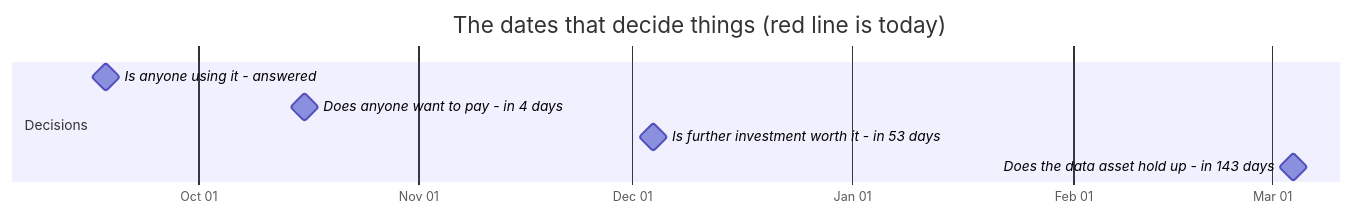
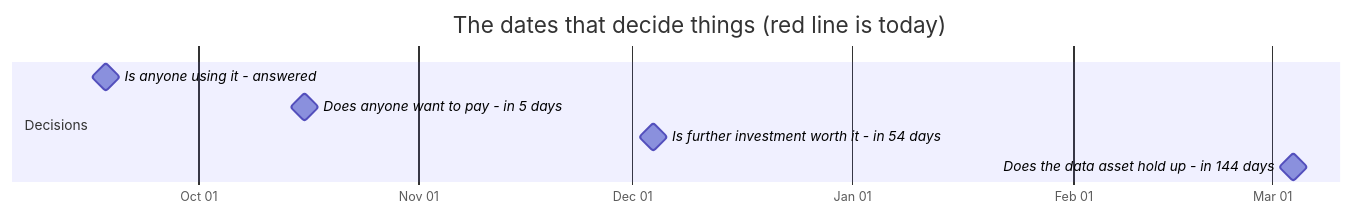
The first of 2 diagrams in docs/OWNER.md (jakegu1/vetagent), drawn with Mermaid before and after one commit. The commit also changed other lines of this file, not shown here.

````diff
--- a/docs/OWNER.md
+++ b/docs/OWNER.md
@@ -76,12 +76,12 @@
 ```mermaid
 gantt
     dateFormat YYYY-MM-DD
     axisFormat %b %d
     todayMarker stroke-width:3px,stroke:#d33,stroke-dasharray:0
     title The dates that decide things (red line is today)
     section Decisions
     Is anyone using it - answered :milestone, 2026-09-18, 0d
-    Does anyone want to pay - in 4 days :milestone, 2026-10-16, 0d
-    Is further investment worth it - in 53 days :milestone, 2026-12-04, 0d
-    Does the data asset hold up - in 143 days :milestone, 2027-03-04, 0d
+    Does anyone want to pay - in 5 days :milestone, 2026-10-16, 0d
+    Is further investment worth it - in 54 days :milestone, 2026-12-04, 0d
+    Does the data asset hold up - in 144 days :milestone, 2027-03-04, 0d
 ```
````
